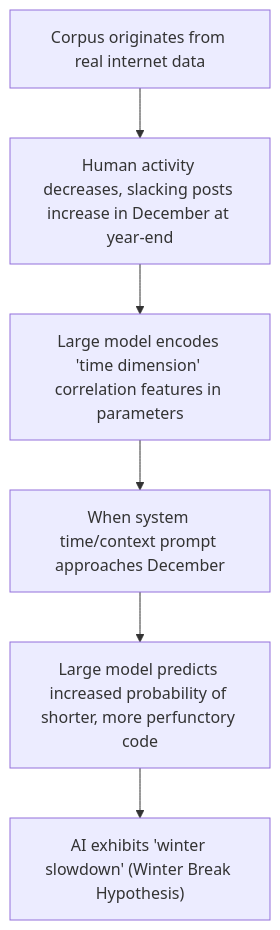
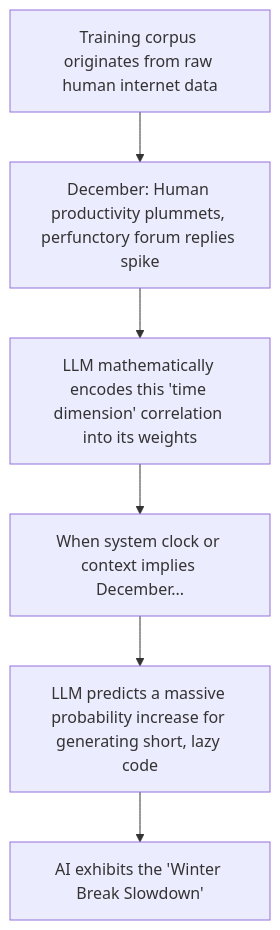
The diagram in i18n/en/docusaurus-plugin-content-docs/current/laziness.md (ruanqizhen/cocode), drawn with Mermaid before and after one commit. The commit also changed other lines of this file and 41 other files, not shown here.

````diff
--- a/i18n/en/docusaurus-plugin-content-docs/current/laziness.md
+++ b/i18n/en/docusaurus-plugin-content-docs/current/laziness.md
@@ -39,9 +42,8 @@
 ```mermaid
 graph TD
-    A["Corpus originates from real internet data"] --> B["Human activity decreases, slacking posts increase in December at year-end"]
-    B --> C["Large model encodes 'time dimension' correlation features in parameters"]
-    C --> D["When system time/context prompt approaches December"]
-    D --> E["Large model predicts increased probability of shorter, more perfunctory code"]
-    E --> F["AI exhibits 'winter slowdown' (Winter Break Hypothesis)"]
-
+    A["Training corpus originates from raw human internet data"] --> B["December: Human productivity plummets, perfunctory forum replies spike"]
+    B --> C["LLM mathematically encodes this 'time dimension' correlation into its weights"]
+    C --> D["When system clock or context implies December..."]
+    D --> E["LLM predicts a massive probability increase for generating short, lazy code"]
+    E --> F["AI exhibits the 'Winter Break Slowdown'"]
 ```
````
